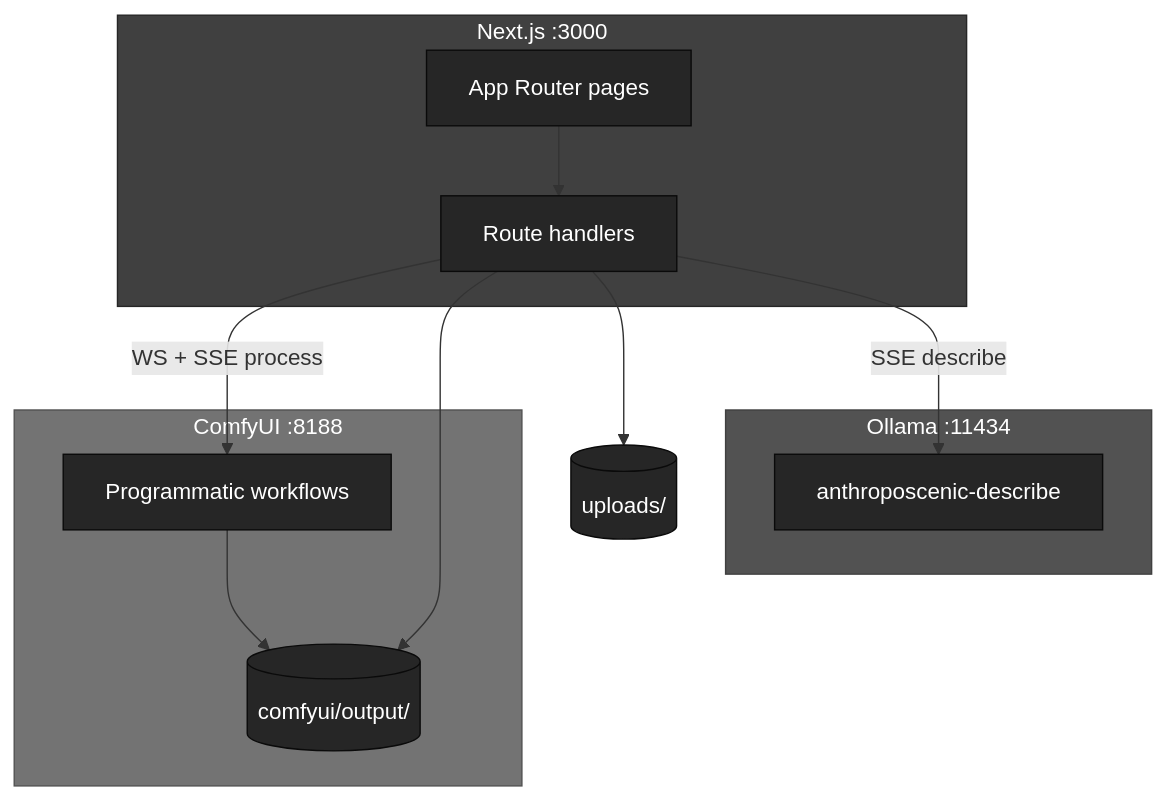
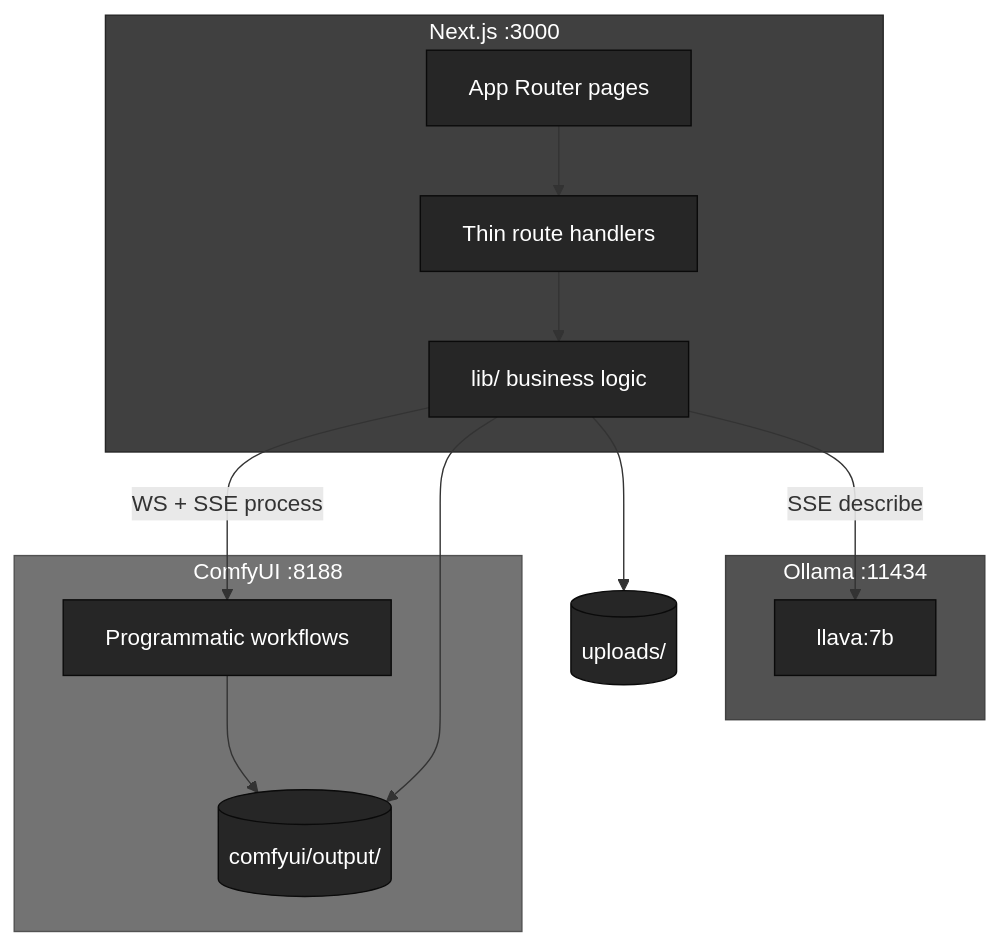
The diagram in README.md (johnnaumann/anthroposcenic_001), drawn with Mermaid before and after one commit. The commit also changed other lines of this file and 19 other files, not shown here.

````diff
--- a/README.md
+++ b/README.md
@@ -17,35 +17,38 @@
 ```mermaid
 flowchart TB
     subgraph app["Next.js :3000"]
         UI[App Router pages]
-        API[Route handlers]
+        API[Thin route handlers]
+        LIB[lib/ business logic]
     end
 
     subgraph ollama["Ollama :11434"]
-        VM[anthroposcenic-describe]
+        VM[llava:7b]
     end
 
     subgraph comfy["ComfyUI :8188"]
         WF[Programmatic workflows]
         OUT[(comfyui/output/)]
     end
 
     UP[(uploads/)]
 
     UI --> API
-    API -->|SSE describe| VM
-    API -->|WS + SSE process| WF
-    API --> UP
+    API --> LIB
+    LIB -->|SSE describe| VM
+    LIB -->|WS + SSE process| WF
+    LIB --> UP
     WF --> OUT
-    API --> OUT
+    LIB --> OUT
 
     style app fill:#404040,stroke:#262626,color:#ffffff
     style ollama fill:#525252,stroke:#404040,color:#ffffff
     style comfy fill:#737373,stroke:#525252,color:#ffffff
     style UI fill:#262626,stroke:#0a0a0a,color:#ffffff
     style API fill:#262626,stroke:#0a0a0a,color:#ffffff
+    style LIB fill:#262626,stroke:#0a0a0a,color:#ffffff
     style VM fill:#262626,stroke:#0a0a0a,color:#ffffff
     style WF fill:#262626,stroke:#0a0a0a,color:#ffffff
     style UP fill:#262626,stroke:#0a0a0a,color:#ffffff
     style OUT fill:#262626,stroke:#0a0a0a,color:#ffffff
 ```
````
